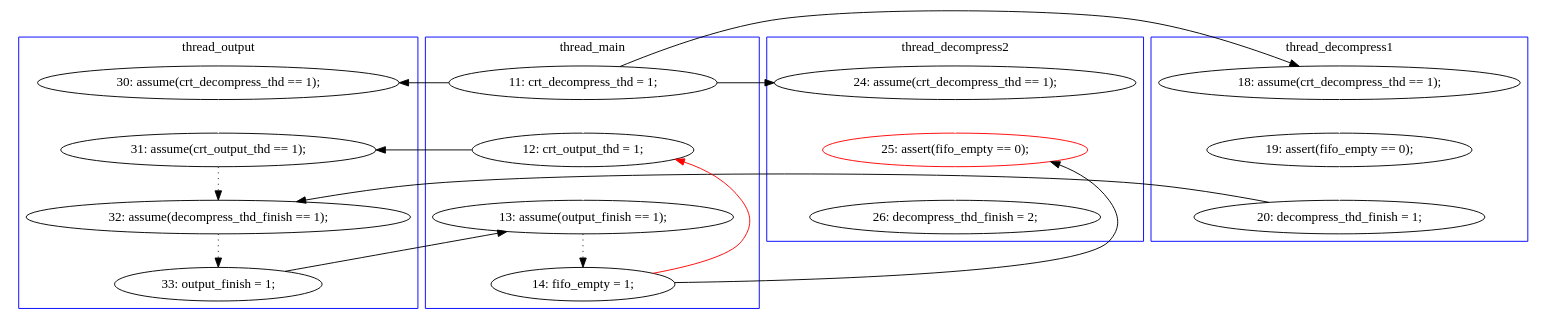
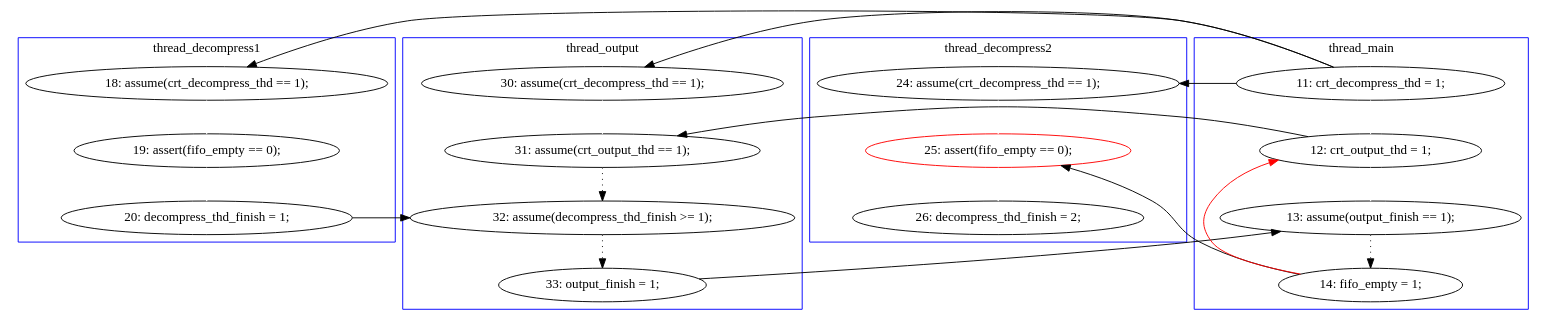
Before and after one commit to hylhp/cav14-model: the diagram in pbzip2.mixed/B-1-graph-sol-1.dot, drawn with Graphviz. The commit also changed 25 other files, not shown here.

```diff
--- a/pbzip2.mixed/B-1-graph-sol-1.dot
+++ b/pbzip2.mixed/B-1-graph-sol-1.dot
@@ -1,50 +1,50 @@
 digraph Counterexample {
-	25 -> 28 [color = white, style = solid]
-	20 -> 21 [color = black, style = solid, constraint = false]
-	11 -> 17 [color = white, style = solid]
-	12 -> 17 [color = black, style = solid, constraint = false]
-	9 -> 11 [color = black, style = solid, constraint = false]
-	16 -> 18 [color = white, style = solid]
-	14 -> 16 [color = white, style = solid]
-	19 -> 20 [color = black, style = dotted]
-	9 -> 12 [color = white, style = solid]
-	9 -> 14 [color = black, style = solid, constraint = false]
-	23 -> 25 [color = white, style = solid]
-	9 -> 23 [color = black, style = solid, constraint = false]
+	12 -> 14 [color = white, style = solid]
+	23 -> 26 [color = black, style = solid, constraint = false]
+	20 -> 30 [color = white, style = solid]
+	11 -> 12 [color = black, style = solid, constraint = false]
+	28 -> 13 [color = red, style = solid, constraint = false]
+	13 -> 21 [color = black, style = solid, constraint = false]
+	22 -> 23 [color = black, style = dotted]
+	28 -> 30 [color = black, style = solid, constraint = false]
+	14 -> 15 [color = white, style = solid]
+	30 -> 32 [color = white, style = solid]
+	13 -> 26 [color = white, style = solid]
 	21 -> 22 [color = black, style = dotted]
-	12 -> 21 [color = white, style = solid]
-	22 -> 25 [color = black, style = solid, constraint = false]
-	18 -> 19 [color = black, style = solid, constraint = false]
-	17 -> 19 [color = black, style = dotted]
-	22 -> 12 [color = red, style = solid, constraint = false]
+	26 -> 28 [color = black, style = dotted]
+	11 -> 20 [color = black, style = solid, constraint = false]
+	15 -> 22 [color = black, style = solid, constraint = false]
+	18 -> 21 [color = white, style = solid]
+	11 -> 13 [color = white, style = solid]
+	11 -> 18 [color = black, style = solid, constraint = false]
 	subgraph cluster2 {
 		label = thread_decompress1
 		color = blue
-		18  [label = "20: decompress_thd_finish = 1;"]
-		14  [label = "18: assume(crt_decompress_thd == 1);"]
-		16  [label = "19: assert(fifo_empty == 0);"]
+		12  [label = "18: assume(crt_decompress_thd == 1);"]
+		14  [label = "19: assert(fifo_empty == 0);"]
+		15  [label = "20: decompress_thd_finish = 1;"]
+	}
+	subgraph cluster4 {
+		label = thread_output
+		color = blue
+		23  [label = "33: output_finish = 1;"]
+		22  [label = "32: assume(decompress_thd_finish >= 1);"]
+		18  [label = "30: assume(crt_decompress_thd == 1);"]
+		21  [label = "31: assume(crt_output_thd == 1);"]
 	}
 	subgraph cluster3 {
 		label = thread_decompress2
 		color = blue
-		23  [label = "24: assume(crt_decompress_thd == 1);"]
-		25  [label = "25: assert(fifo_empty == 0);", color = red]
-		28  [label = "26: decompress_thd_finish = 2;"]
-	}
-	subgraph cluster4 {
-		label = thread_output
-		color = blue
-		19  [label = "32: assume(decompress_thd_finish == 1);"]
-		17  [label = "31: assume(crt_output_thd == 1);"]
-		11  [label = "30: assume(crt_decompress_thd == 1);"]
-		20  [label = "33: output_finish = 1;"]
+		20  [label = "24: assume(crt_decompress_thd == 1);"]
+		30  [label = "25: assert(fifo_empty == 0);", color = red]
+		32  [label = "26: decompress_thd_finish = 2;"]
 	}
 	subgraph cluster1 {
 		label = thread_main
 		color = blue
-		21  [label = "13: assume(output_finish == 1);"]
-		22  [label = "14: fifo_empty = 1;"]
-		9  [label = "11: crt_decompress_thd = 1;"]
-		12  [label = "12: crt_output_thd = 1;"]
+		11  [label = "11: crt_decompress_thd = 1;"]
+		13  [label = "12: crt_output_thd = 1;"]
+		26  [label = "13: assume(output_finish == 1);"]
+		28  [label = "14: fifo_empty = 1;"]
 	}
 }
```
